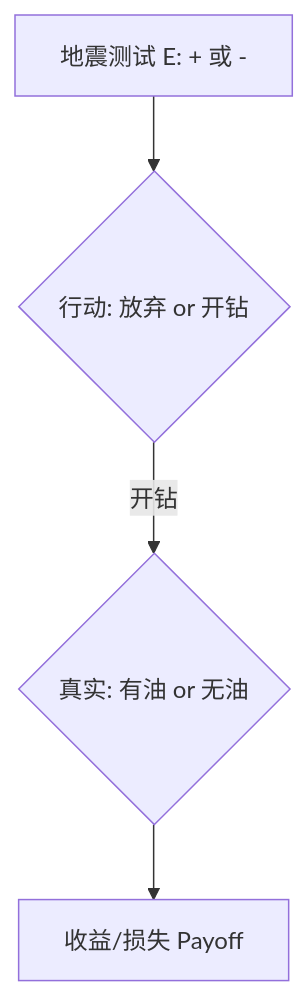
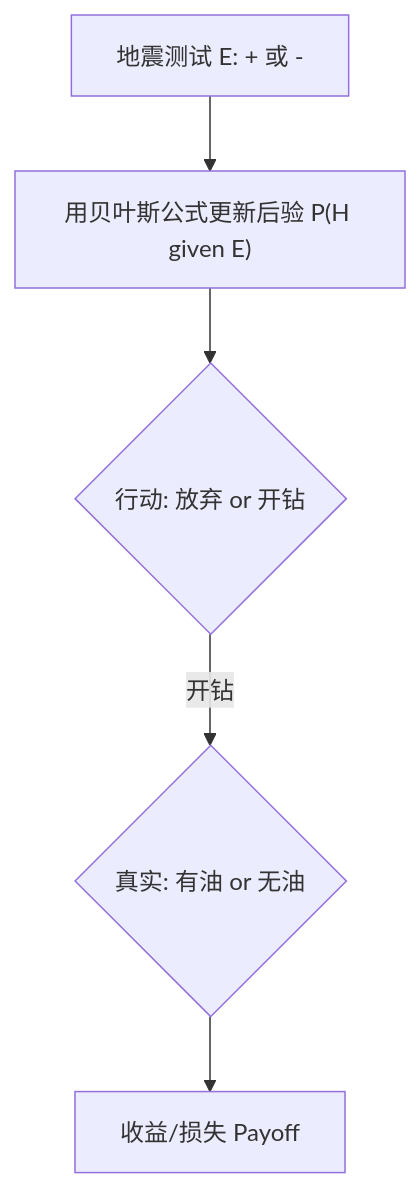
The second of 3 diagrams in guides/AI-PPT05-学习指南.md (SummerS-tars/ai-course-guides), drawn with Mermaid before and after one commit. The commit also changed other lines of this file and 4 other files, not shown here.

````diff
--- a/guides/AI-PPT05-学习指南.md
+++ b/guides/AI-PPT05-学习指南.md
@@ -126,6 +155,7 @@
 ```mermaid
 flowchart TD
-    T[地震测试 E: + 或 -] --> D{行动: 放弃 or 开钻}
-    D -->|开钻| O{真实: 有油 or 无油}
-    O --> P[收益/损失 Payoff]
+    T["地震测试 E: + 或 -"] --> U["用贝叶斯公式更新后验 P(H given E)"]
+    U --> D{"行动: 放弃 or 开钻"}
+    D -->|开钻| O{"真实: 有油 or 无油"}
+    O --> P["收益/损失 Payoff"]
 ```
````
